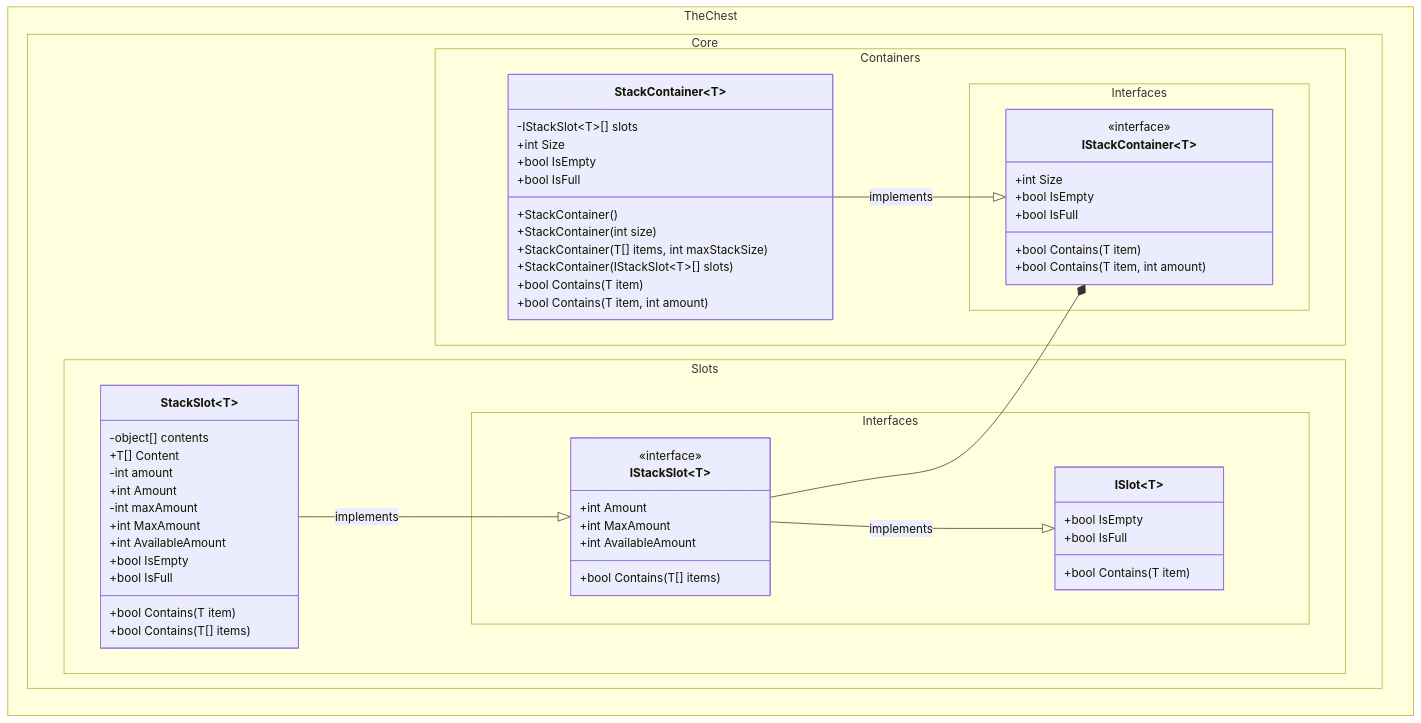
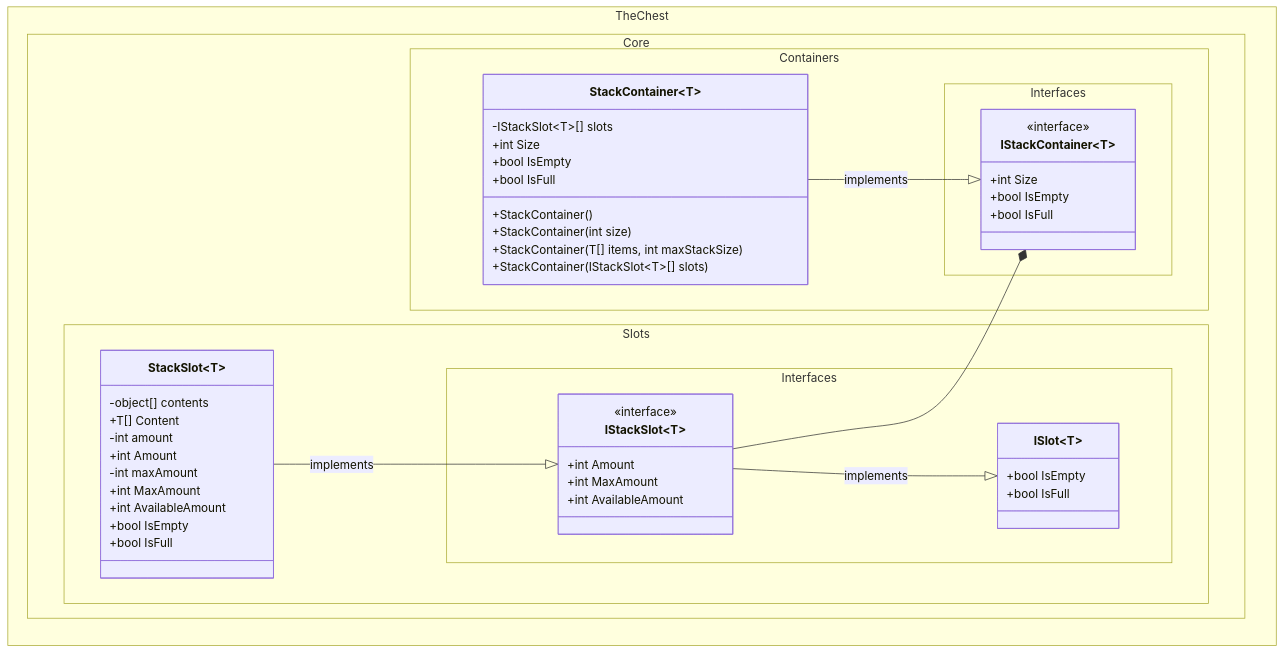
Before and after one commit to The-Chest/TheChest.Core: the second of 3 diagrams in docs/class_diagram.md, drawn with Mermaid. The commit also changed other lines of this file and 25 other files, not shown here.

````diff
--- a/docs/class_diagram.md
+++ b/docs/class_diagram.md
@@ -80,77 +74,69 @@
 ```mermaid
 ---
 config:
   theme: mc
   look: classic
   class:
     hideEmptyMembersBox: true
 ---
 classDiagram
 direction BT
 	namespace TheChest.Core.Containers.Interfaces {
 		class IStackContainer~T~ {
 	        +int Size
 	        +bool IsEmpty
 	        +bool IsFull
-	        +bool Contains(T item)
-			+bool Contains(T item, int amount)
         }
 	}
 	namespace TheChest.Core.Slots.Interfaces {
         class ISlot~T~ {
 	        +bool IsEmpty
 	        +bool IsFull
-	        +bool Contains(T item)
         }
         class IStackSlot~T~ {
             +int Amount
             +int MaxAmount
             +int AvailableAmount
-	        +bool Contains(T[] items)
         }
 	}
 	namespace TheChest.Core.Containers {
 		class StackContainer~T~ {
 			-IStackSlot~T~[] slots
 
 			+StackContainer()
 			+StackContainer(int size)
 			+StackContainer(T[] items, int maxStackSize)
 			+StackContainer(IStackSlot~T~[] slots)
 	        
 			+int Size
 	        +bool IsEmpty
 	        +bool IsFull
-	        +bool Contains(T item)
-			+bool Contains(T item, int amount)
         }
 	}
 
 	namespace TheChest.Core.Slots {
 		class StackSlot~T~{
 			-object[] contents
 			+T[] Content
 
 			-int amount            
 			+int Amount
 
 			-int maxAmount
             +int MaxAmount
 
             +int AvailableAmount
 	        +bool IsEmpty
 	        +bool IsFull
 
-	        +bool Contains(T item)
-	        +bool Contains(T[] items)
 		}
 	}
 
 	<<interface>> IStackContainer
     <<interface>> IStackSlot
 
     StackContainer --|> IStackContainer : implements
     IStackSlot --|> ISlot : implements
     StackSlot --|> IStackSlot : implements
     IStackSlot --* IStackContainer
 ```
````
